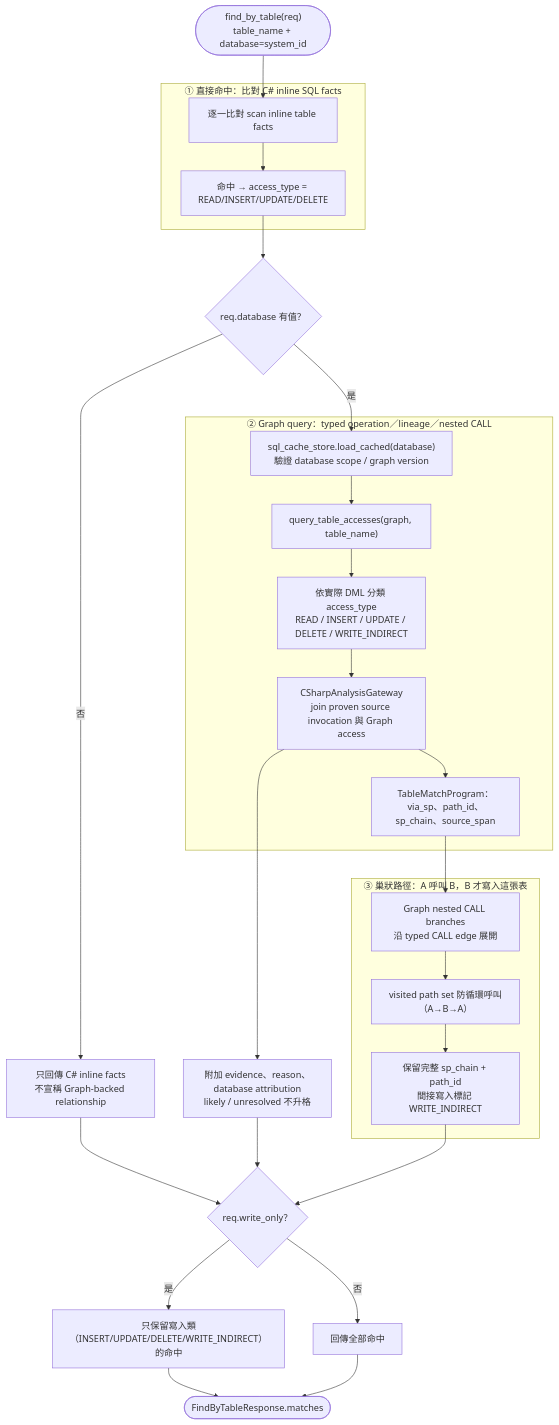
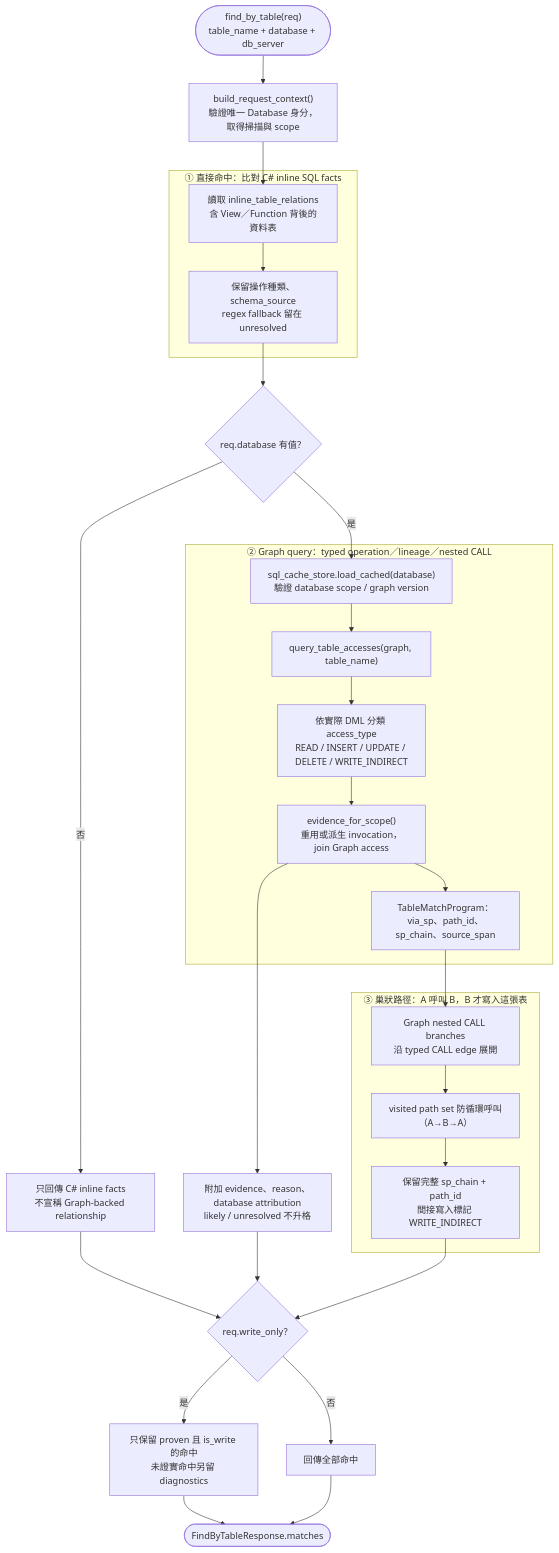
One commit to vy088772/Impact_analysis_system changed the fourth of 6 diagrams in docs/流程圖_進階.md. Above: the diagram before and after it, drawn with Mermaid. The commit also changed other lines of this file and 3 other files, not shown here.

````diff
--- a/docs/流程圖_進階.md
+++ b/docs/流程圖_進階.md
@@ -224,35 +244,36 @@
 ```mermaid
 flowchart TD
-    Start(["find_by_table(req)<br/>table_name + database=system_id"]) --> Direct
+    Start(["find_by_table(req)<br/>table_name + database + db_server"]) --> Prepare["build_request_context()<br/>驗證唯一 Database 身分，取得掃描與 scope"]
+    Prepare --> Direct
 
     subgraph Step1["① 直接命中：比對 C# inline SQL facts"]
-        Direct["逐一比對 scan inline table facts"] --> DirectHit["命中 → access_type = READ/INSERT/UPDATE/DELETE"]
+        Direct["讀取 inline_table_relations<br/>含 View／Function 背後的資料表"] --> DirectHit["保留操作種類、schema_source<br/>regex fallback 留在 unresolved"]
     end
 
     DirectHit --> HasDb{"req.database 有值？"}
     HasDb -- 否 --> InlineOnly["只回傳 C# inline facts<br/>不宣稱 Graph-backed relationship"]
     HasDb -- 是 --> LoadCache["sql_cache_store.load_cached(database)<br/>驗證 database scope / graph version"]
 
     subgraph Step2["② Graph query：typed operation／lineage／nested CALL"]
         LoadCache --> Query["query_table_accesses(graph, table_name)"]
         Query --> Classify["依實際 DML 分類 access_type<br/>READ / INSERT / UPDATE / DELETE / WRITE_INDIRECT"]
-        Classify --> Join["CSharpAnalysisGateway<br/>join proven source invocation 與 Graph access"]
+        Classify --> Join["evidence_for_scope()<br/>重用或派生 invocation，join Graph access"]
         Join --> HitObjects["TableMatchProgram：via_sp、path_id、sp_chain、source_span"]
     end
 
     Join --> Evidence["附加 evidence、reason、database attribution<br/>likely / unresolved 不升格"]
 
     subgraph Step3["③ 巢狀路徑：A 呼叫 B，B 才寫入這張表"]
         HitObjects --> Nested["Graph nested CALL branches<br/>沿 typed CALL edge 展開"]
         Nested --> Visited["visited path set 防循環呼叫（A→B→A）"]
         Visited --> Indirect["保留完整 sp_chain + path_id<br/>間接寫入標記 WRITE_INDIRECT"]
     end
 
     InlineOnly --> WriteOnly{"req.write_only？"}
     Evidence --> WriteOnly
     Indirect --> WriteOnly
-    WriteOnly -- 是 --> Filter["只保留寫入類（INSERT/UPDATE/DELETE/WRITE_INDIRECT）的命中"]
+    WriteOnly -- 是 --> Filter["只保留 proven 且 is_write 的命中<br/>未證實命中另留 diagnostics"]
     WriteOnly -- 否 --> AllMatches["回傳全部命中"]
     Filter --> Resp(["FindByTableResponse.matches"])
     AllMatches --> Resp
 ```
````
